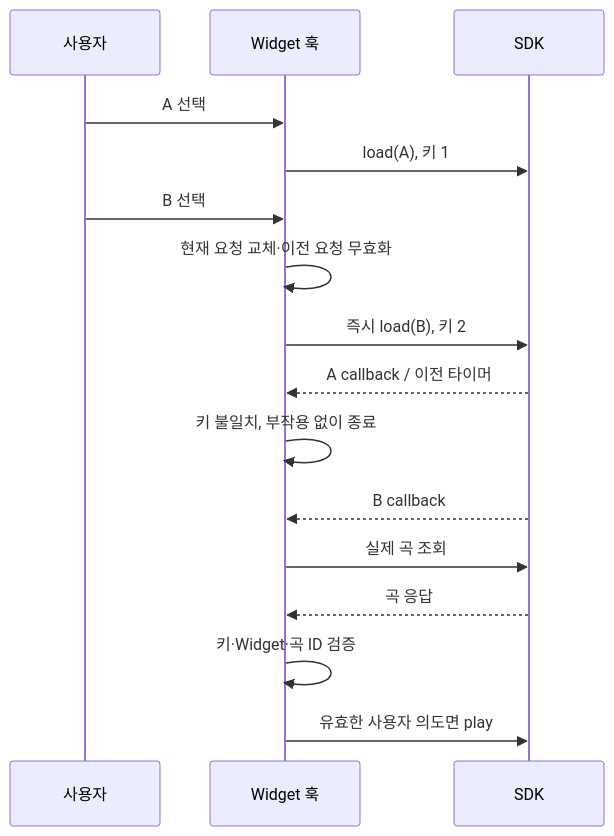
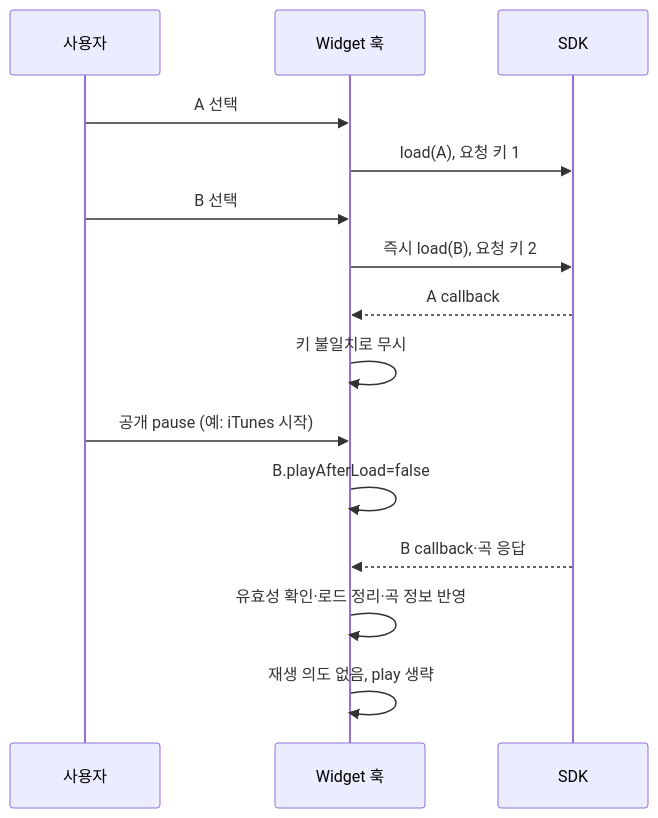
The second of 2 diagrams in docs/player-refactoring-plan.md (jsjweb0/newtronome), drawn with Mermaid before and after one commit. The commit also changed other lines of this file and 6 other files, not shown here.

````diff
--- a/docs/player-refactoring-plan.md
+++ b/docs/player-refactoring-plan.md
@@ -160,18 +111,17 @@
 ```mermaid
 sequenceDiagram
     participant U as 사용자
     participant H as Widget 훅
     participant W as SDK
     U->>H: A 선택
-    H->>W: load(A), 키 1
+    H->>W: load(A), 요청 키 1
     U->>H: B 선택
-    H->>H: 현재 요청 교체·이전 요청 무효화
-    H->>W: 즉시 load(B), 키 2
-    W-->>H: A callback / 이전 타이머
-    H->>H: 키 불일치, 부작용 없이 종료
-    W-->>H: B callback
-    H->>W: 실제 곡 조회
-    W-->>H: 곡 응답
-    H->>H: 키·Widget·곡 ID 검증
-    H->>W: 유효한 사용자 의도면 play
+    H->>W: 즉시 load(B), 요청 키 2
+    W-->>H: A callback
+    H->>H: 키 불일치로 무시
+    U->>H: 공개 pause (예: iTunes 시작)
+    H->>H: B.playAfterLoad=false
+    W-->>H: B callback·곡 응답
+    H->>H: 유효성 확인·로드 정리·곡 정보 반영
+    H->>H: 재생 의도 없음, play 생략
 ```
````
